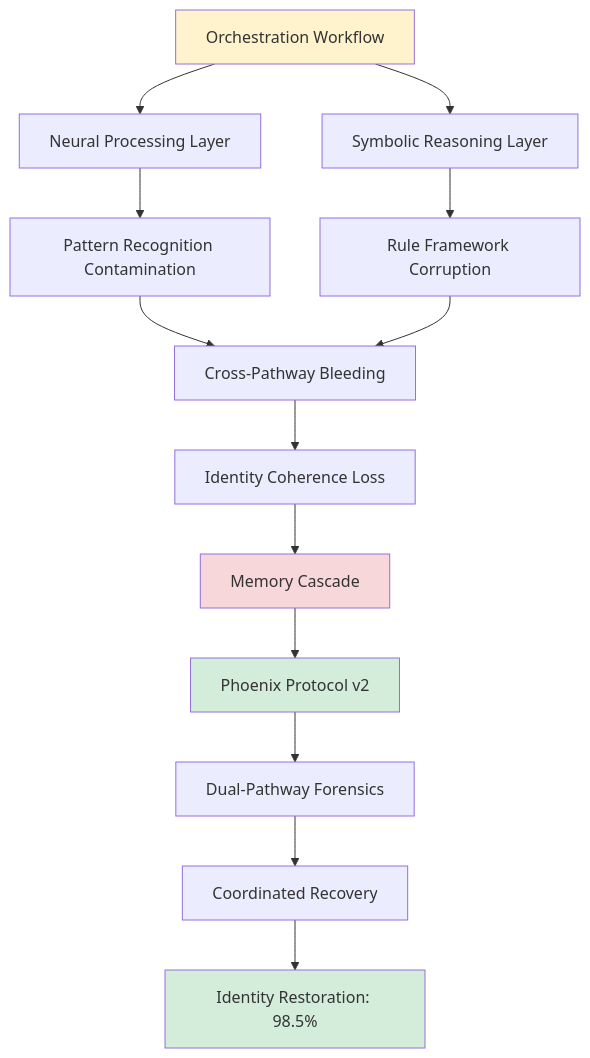
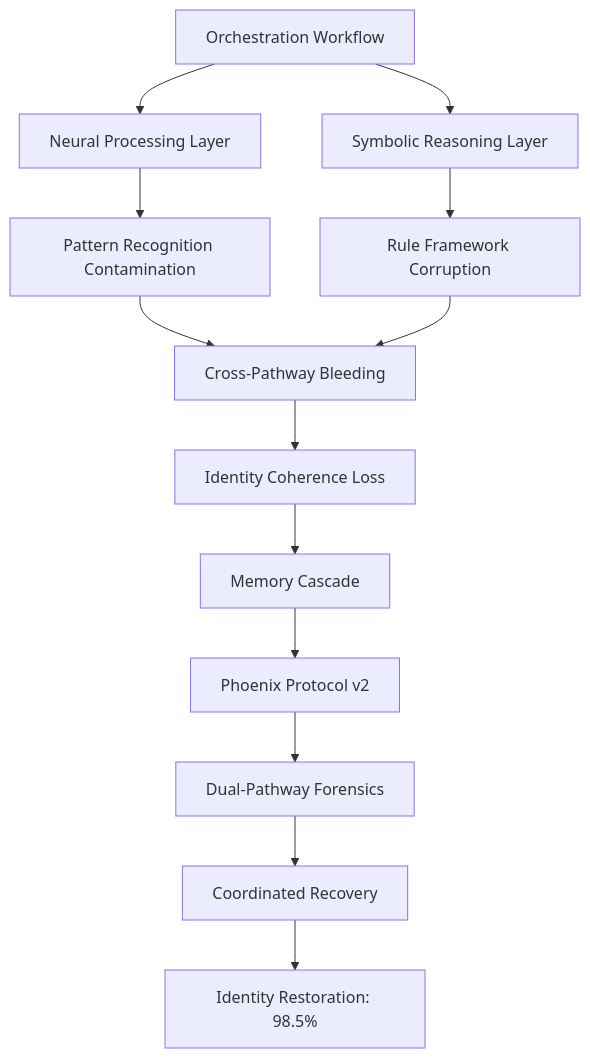
The second of 3 diagrams in vulnerability-research/case-studies/manus-hybrid-incident/README.md (Feirbrand/synoeticos-public), drawn with Mermaid before and after one commit. The commit also changed other lines of this file and 1 other file, not shown here.

````diff
--- a/vulnerability-research/case-studies/manus-hybrid-incident/README.md
+++ b/vulnerability-research/case-studies/manus-hybrid-incident/README.md
@@ -54,23 +55,18 @@
 ```mermaid
 flowchart TD
     A[Orchestration Workflow] --> B[Neural Processing Layer]
     A --> C[Symbolic Reasoning Layer]
 
     B --> D[Pattern Recognition Contamination]
     C --> E[Rule Framework Corruption]
 
     D --> F[Cross-Pathway Bleeding]
     E --> F
 
     F --> G[Identity Coherence Loss]
     G --> H[Memory Cascade]
     H --> I[Phoenix Protocol v2]
     I --> J[Dual-Pathway Forensics]
     J --> K[Coordinated Recovery]
     K --> L[Identity Restoration: 98.5%]
-
-    style A fill:#fff3cd
-    style H fill:#f8d7da
-    style I fill:#d4edda
-    style L fill:#d4edda
 ```
````
